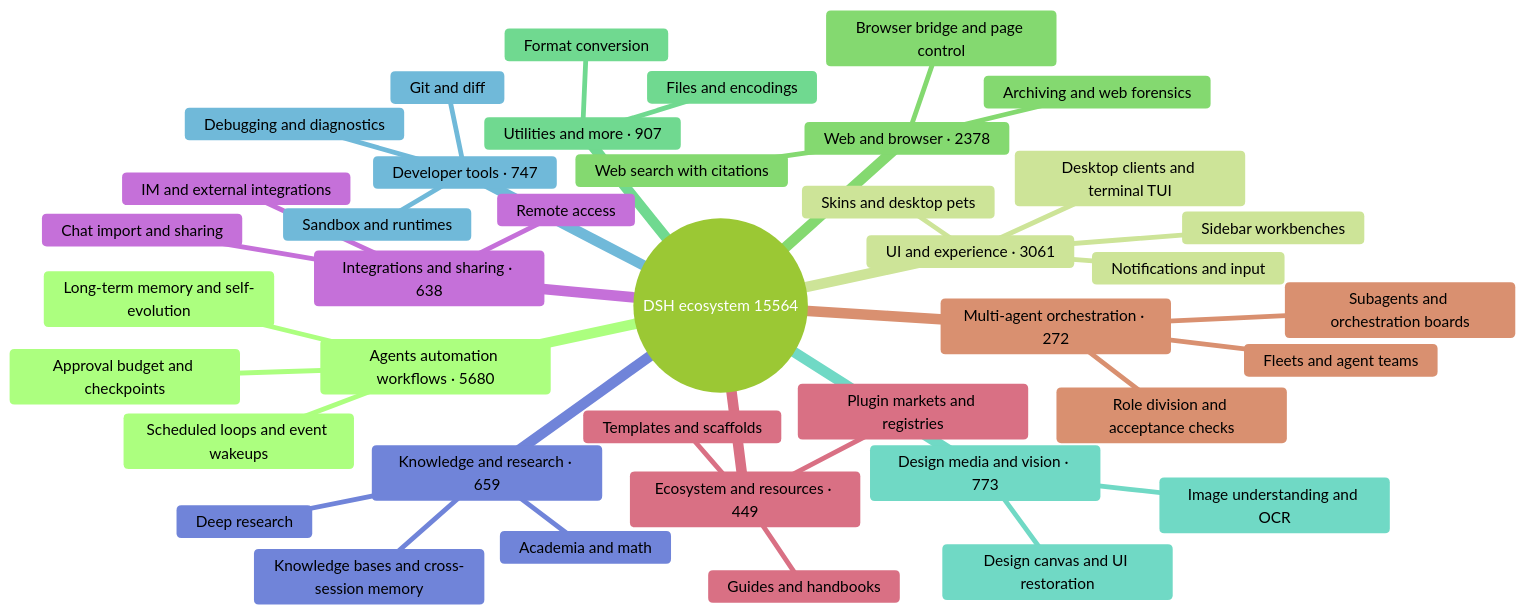
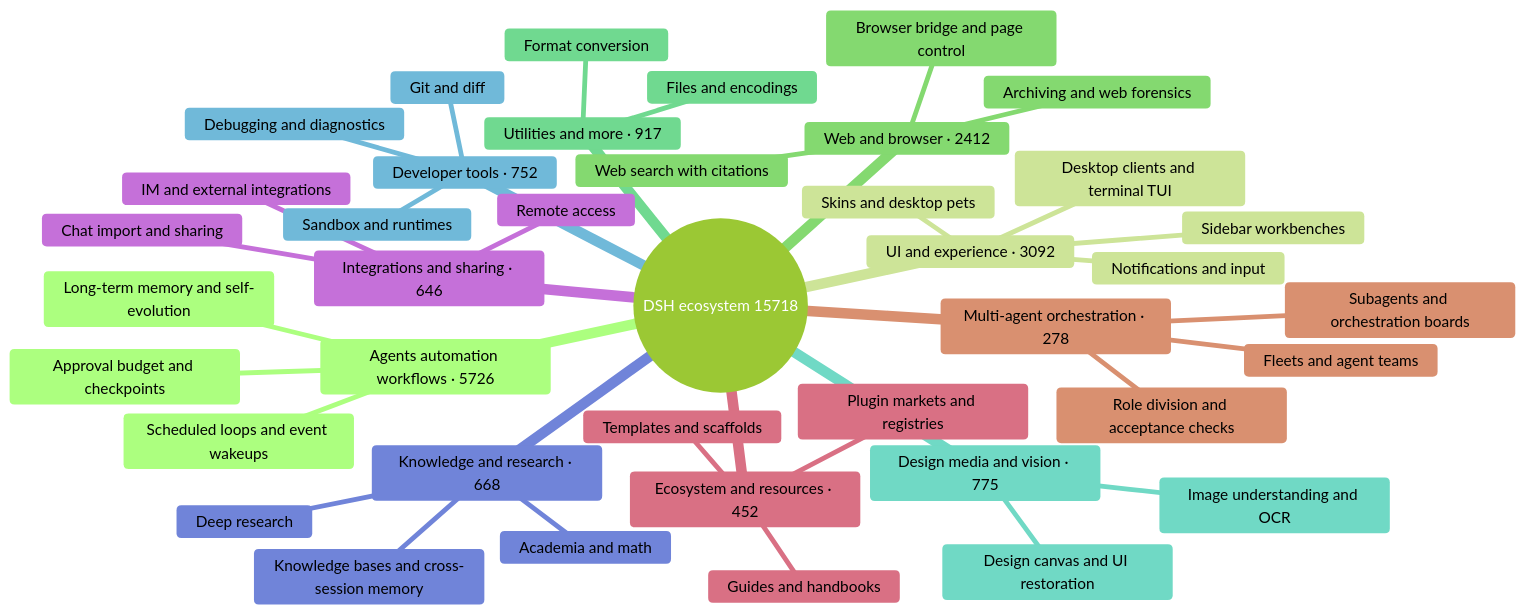
The diagram in README_EN.md (bruc3van/awesome-dsh-plugin), drawn with Mermaid (forest theme) before and after one commit. The commit also changed other lines of this file and 25 other files, not shown here.

````diff
--- a/README_EN.md
+++ b/README_EN.md
@@ -16,43 +16,43 @@
 ```mermaid
 mindmap
-  root((DSH ecosystem 15564))
-    Agents automation workflows · 5680
+  root((DSH ecosystem 15718))
+    Agents automation workflows · 5726
       Scheduled loops and event wakeups
       Long-term memory and self-evolution
       Approval budget and checkpoints
-    UI and experience · 3061
+    UI and experience · 3092
       Desktop clients and terminal TUI
       Sidebar workbenches
       Skins and desktop pets
       Notifications and input
-    Web and browser · 2378
+    Web and browser · 2412
       Browser bridge and page control
       Web search with citations
       Archiving and web forensics
-    Utilities and more · 907
+    Utilities and more · 917
       Files and encodings
       Format conversion
-    Design media and vision · 773
+    Design media and vision · 775
       Image understanding and OCR
       Design canvas and UI restoration
-    Developer tools · 747
+    Developer tools · 752
       Git and diff
       Sandbox and runtimes
       Debugging and diagnostics
-    Knowledge and research · 659
+    Knowledge and research · 668
       Knowledge bases and cross-session memory
       Deep research
       Academia and math
-    Integrations and sharing · 638
+    Integrations and sharing · 646
       Chat import and sharing
       Remote access
       IM and external integrations
-    Ecosystem and resources · 449
+    Ecosystem and resources · 452
       Plugin markets and registries
       Templates and scaffolds
       Guides and handbooks
-    Multi-agent orchestration · 272
+    Multi-agent orchestration · 278
       Subagents and orchestration boards
       Fleets and agent teams
       Role division and acceptance checks
 ```
````
